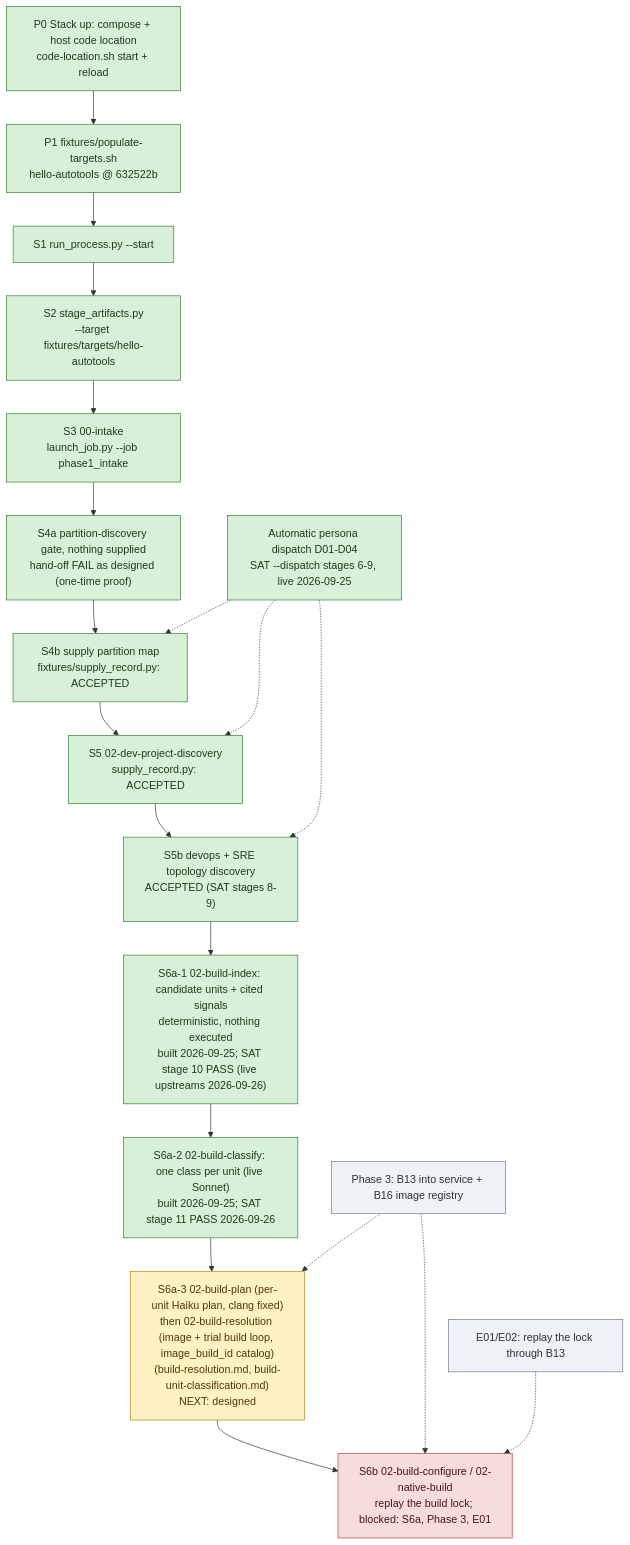
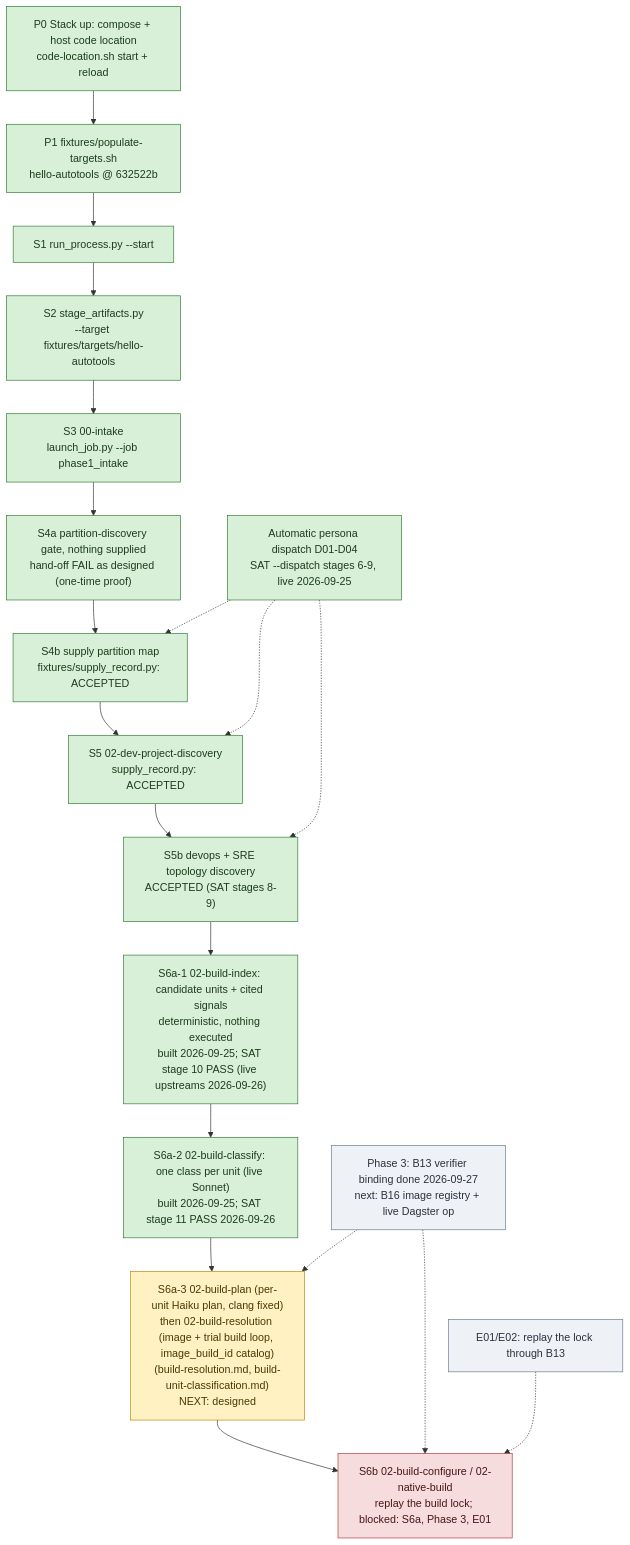
The diagram in docs/processes/flow-bringup.md (wsollers/appsec-review), drawn with Mermaid before and after one commit. The commit also changed other lines of this file and 15 other files, not shown here.

````diff
--- a/docs/processes/flow-bringup.md
+++ b/docs/processes/flow-bringup.md
@@ -20,32 +20,32 @@
 ```mermaid
 flowchart TD
   P0["P0 Stack up: compose + host code location<br/>code-location.sh start + reload"]:::done
   P1["P1 fixtures/populate-targets.sh<br/>hello-autotools @ 632522b"]:::done
   S1["S1 run_process.py --start"]:::done
   S2["S2 stage_artifacts.py<br/>--target fixtures/targets/hello-autotools"]:::done
   S3["S3 00-intake<br/>launch_job.py --job phase1_intake"]:::done
   S4a["S4a partition-discovery gate, nothing supplied<br/>hand-off FAIL as designed (one-time proof)"]:::done
   S4b["S4b supply partition map<br/>fixtures/supply_record.py: ACCEPTED"]:::done
   S5["S5 02-dev-project-discovery<br/>supply_record.py: ACCEPTED"]:::done
   S5b["S5b devops + SRE topology discovery<br/>ACCEPTED (SAT stages 8-9)"]:::done
   AD["Automatic persona dispatch D01-D04<br/>SAT --dispatch stages 6-9, live 2026-09-25"]:::done
   S6i["S6a-1 02-build-index: candidate units + cited signals<br/>deterministic, nothing executed<br/>built 2026-09-25; SAT stage 10 PASS (live upstreams 2026-09-26)"]:::done
   S6c["S6a-2 02-build-classify: one class per unit (live Sonnet)<br/>built 2026-09-25; SAT stage 11 PASS 2026-09-26"]:::done
   S6a["S6a-3 02-build-plan (per-unit Haiku plan, clang fixed)<br/>then 02-build-resolution (image + trial build loop, image_build_id catalog)<br/>(build-resolution.md, build-unit-classification.md)<br/>NEXT: designed"]:::next
   S6["S6b 02-build-configure / 02-native-build<br/>replay the build lock; blocked: S6a, Phase 3, E01"]:::blocked
-  B13["Phase 3: B13 into service + B16 image registry"]:::todo
+  B13["Phase 3: B13 verifier binding done 2026-09-27<br/>next: B16 image registry + live Dagster op"]:::todo
   E01["E01/E02: replay the lock through B13"]:::todo
 
   P0 --> P1 --> S1 --> S2 --> S3 --> S4a --> S4b --> S5 --> S5b --> S6i --> S6c --> S6a --> S6
   AD -.-> S4b
   AD -.-> S5
   AD -.-> S5b
   B13 -.-> S6a
   B13 -.-> S6
   E01 -.-> S6
 
   classDef done fill:#d8f0d8,stroke:#2e7d32,color:#1b3d1b
   classDef next fill:#fff1c2,stroke:#b8860b,color:#4a3a00
   classDef todo fill:#eef1f5,stroke:#6b7a90,color:#2a3240
   classDef blocked fill:#f6dcdc,stroke:#b23b3b,color:#4a1515
 ```
````
